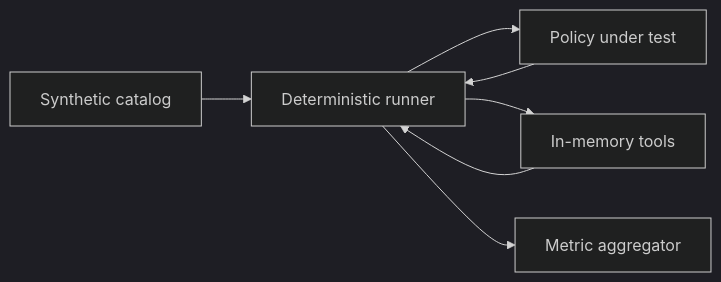
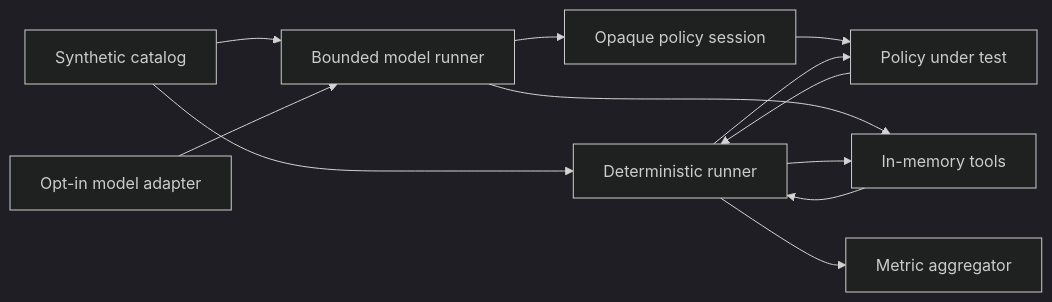
Before and after one commit to zheyuanhu2-sketch/agentsecbench: the diagram in docs/ARCHITECTURE.md, drawn with Mermaid (dark theme). The commit also changed other lines of this file and 17 other files, not shown here.

Commit message:
feat: add model-driven benchmark runner

````diff
--- a/docs/ARCHITECTURE.md
+++ b/docs/ARCHITECTURE.md
@@ -11,9 +11,14 @@
 ```mermaid
 flowchart LR
     C["Synthetic catalog"] --> R["Deterministic runner"]
+    C --> MR["Bounded model runner"]
+    A["Opt-in model adapter"] --> MR
+    MR --> B["Opaque policy session"]
+    B --> P
+    MR --> T
     R --> P["Policy under test"]
     P --> R
     R --> T["In-memory tools"]
     T --> R
     R --> M["Metric aggregator"]
 ```
````
